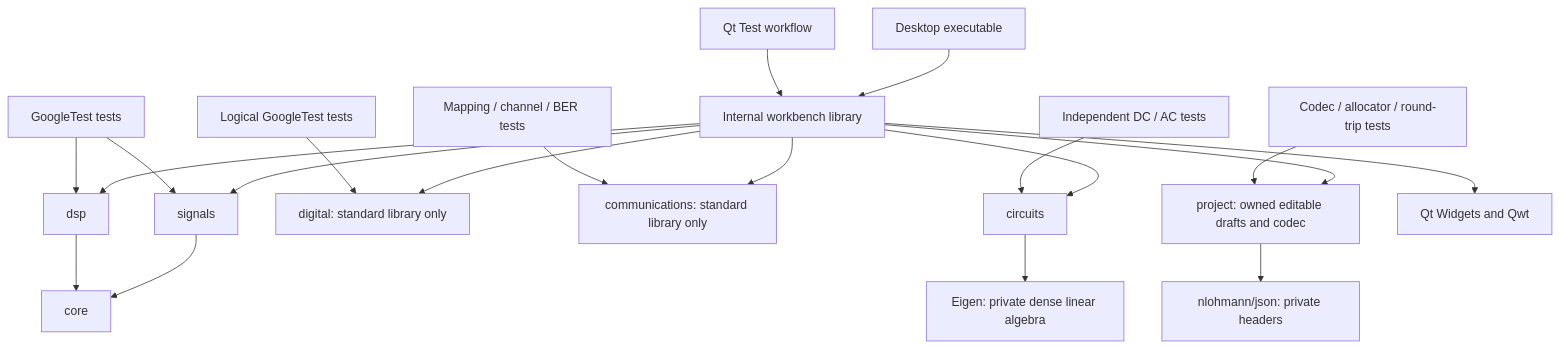
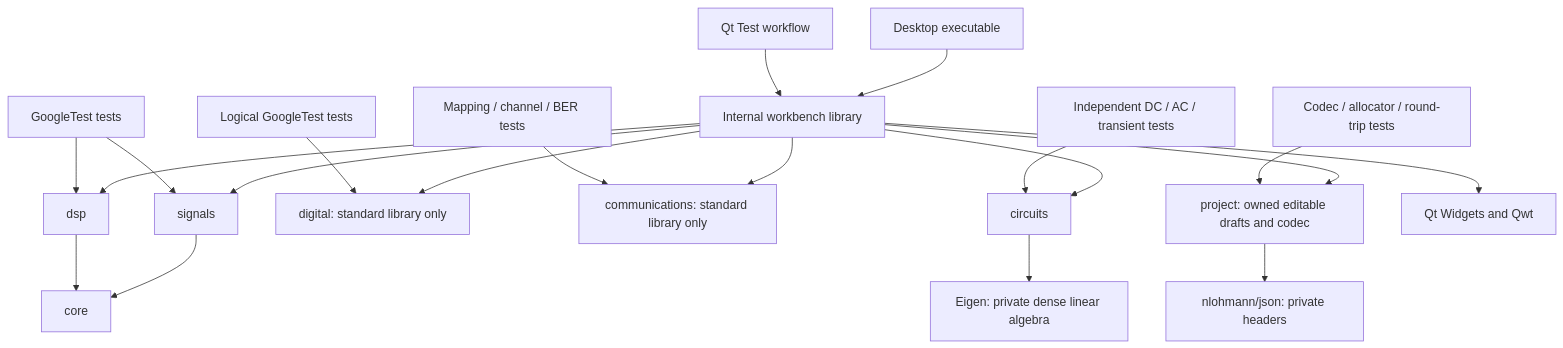
One commit to codyklein/open-ece changed the diagram in docs/architecture.md. Above: the diagram before and after it, drawn with Mermaid. The commit also changed other lines of this file and 8 other files, not shown here.

Commit message:
Add bounded backward-Euler transient circuit core

````diff
--- a/docs/architecture.md
+++ b/docs/architecture.md
@@ -5,22 +5,22 @@
 ```mermaid
 flowchart TD
     App[Desktop executable] --> UI[Internal workbench library]
     UI --> Signals[signals]
     UI --> DSP[dsp]
     UI --> Digital[digital: standard library only]
     DigitalTests[Logical GoogleTest tests] --> Digital
     UI --> Communications[communications: standard library only]
     CommunicationsTests[Mapping / channel / BER tests] --> Communications
     UI --> Circuits[circuits]
     Circuits --> Eigen[Eigen: private dense linear algebra]
-    CircuitTests[Independent DC / AC tests] --> Circuits
+    CircuitTests[Independent DC / AC / transient tests] --> Circuits
     UI --> Project[project: owned editable drafts and codec]
     Project --> JSON[nlohmann/json: private headers]
     ProjectTests[Codec / allocator / round-trip tests] --> Project
     UI --> Qt[Qt Widgets and Qwt]
     Signals --> Core[core]
     DSP --> Core
     NumericalTests[GoogleTest tests] --> Signals
     NumericalTests --> DSP
     GuiTests[Qt Test workflow] --> UI
 ```
````
